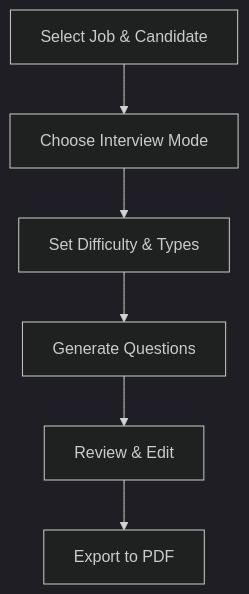
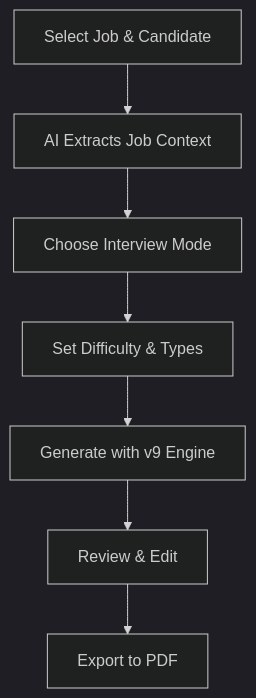
The fifth of 6 diagrams in .qoder/repowiki/en/content/Core Features/Interview Question Generator/Interview Question Generator.md (zmyeo54/briefroom), drawn with Mermaid (dark theme) before and after one commit. The commit also changed other lines of this file and 42 other files, not shown here.

````diff
--- a/.qoder/repowiki/en/content/Core Features/Interview Question Generator/Interview Question Generator.md
+++ b/.qoder/repowiki/en/content/Core Features/Interview Question Generator/Interview Question Generator.md
@@ -323,8 +346,9 @@
 ```mermaid
 flowchart TD
-A["Select Job & Candidate"] --> B["Choose Interview Mode"]
-B --> C["Set Difficulty & Types"]
-C --> D["Generate Questions"]
-D --> E["Review & Edit"]
-E --> F["Export to PDF"]
+A["Select Job & Candidate"] --> B["AI Extracts Job Context"]
+B --> C["Choose Interview Mode"]
+C --> D["Set Difficulty & Types"]
+D --> E["Generate with v9 Engine"]
+E --> F["Review & Edit"]
+F --> G["Export to PDF"]
 ```
````
